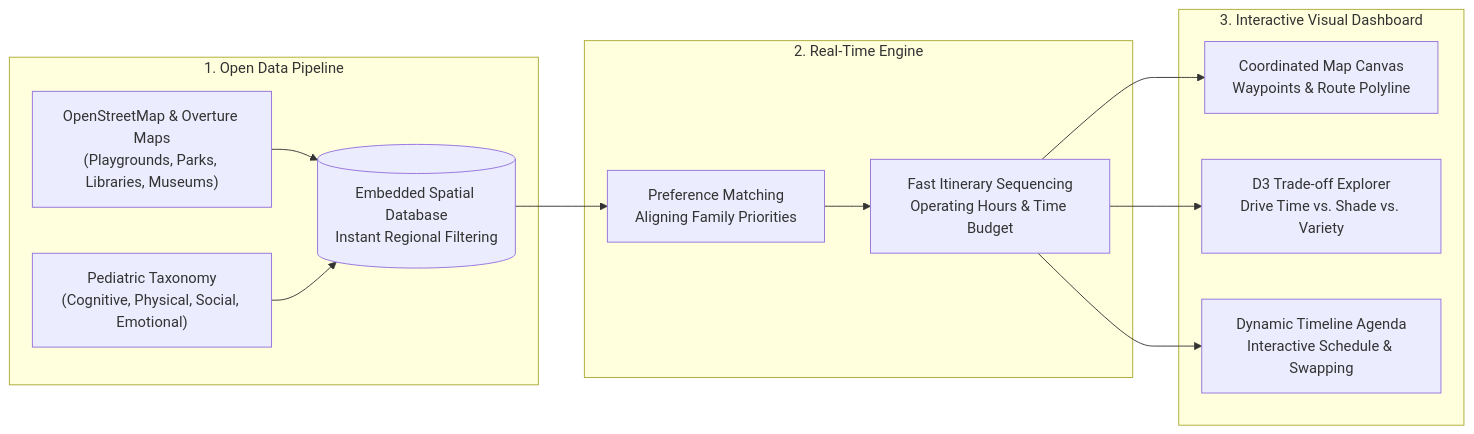
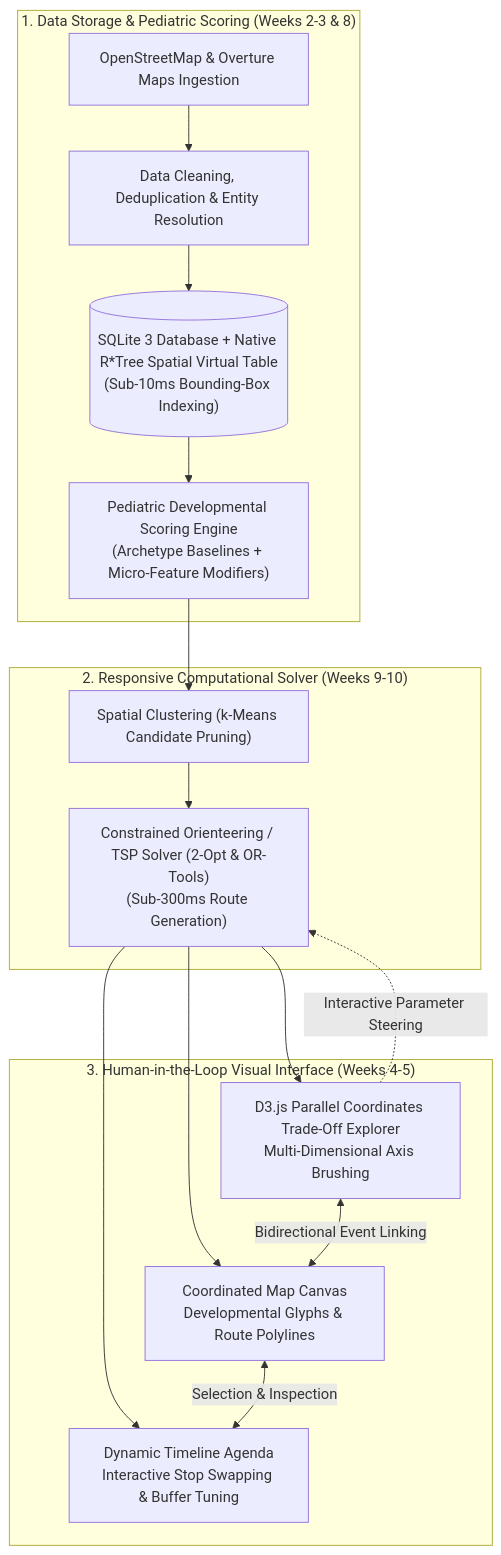
Before and after one commit to manoj-android/cse-6242-project: the second of 3 diagrams in projectwork/docs/progress_report.md, drawn with Mermaid. The commit also changed other lines of this file and 1 other file, not shown here.

````diff
--- a/projectwork/docs/progress_report.md
+++ b/projectwork/docs/progress_report.md
@@ -101,19 +62,23 @@
 ```mermaid
-flowchart LR
-    subgraph Ingestion["1. Open Data Pipeline"]
-        OSM["OpenStreetMap & Overture Maps<br>(Playgrounds, Parks, Libraries, Museums)"]
-        TAX["Pediatric Taxonomy<br>(Cognitive, Physical, Social, Emotional)"]
-        OSM & TAX --> DB[("Embedded Spatial Database<br>Instant Regional Filtering")]
+flowchart TD
+    subgraph Data["1. Data Storage & Pediatric Scoring (Weeks 2-3 & 8)"]
+        RAW["OpenStreetMap & Overture Maps Ingestion"] --> CLEAN["Data Cleaning, Deduplication & Entity Resolution"]
+        CLEAN --> SQL[("SQLite 3 Database + Native R*Tree Spatial Virtual Table<br>(Sub-10ms Bounding-Box Indexing)")]
+        SQL --> SCORE["Pediatric Developmental Scoring Engine<br>(Archetype Baselines + Micro-Feature Modifiers)"]
     end
 
-    subgraph Analytics["2. Real-Time Engine"]
-        DB --> MATCH["Preference Matching<br>Aligning Family Priorities"]
-        MATCH --> ROUTE["Fast Itinerary Sequencing<br>Operating Hours & Time Budget"]
+    subgraph Backend["2. Responsive Computational Solver (Weeks 9-10)"]
+        SCORE --> CLUST["Spatial Clustering (k-Means Candidate Pruning)"]
+        CLUST --> SOLVER["Constrained Orienteering / TSP Solver (2-Opt & OR-Tools)<br>(Sub-300ms Route Generation)"]
     end
 
-    subgraph UI["3. Interactive Visual Dashboard"]
-        ROUTE --> MAP["Coordinated Map Canvas<br>Waypoints & Route Polyline"]
-        ROUTE --> TRADE["D3 Trade-off Explorer<br>Drive Time vs. Shade vs. Variety"]
-        ROUTE --> AGENDA["Dynamic Timeline Agenda<br>Interactive Schedule & Swapping"]
+    subgraph VisualAnalytics["3. Human-in-the-Loop Visual Interface (Weeks 4-5)"]
+        SOLVER --> MAP["Coordinated Map Canvas<br>Developmental Glyphs & Route Polylines"]
+        SOLVER --> D3["D3.js Parallel Coordinates Trade-Off Explorer<br>Multi-Dimensional Axis Brushing"]
+        SOLVER --> AGENDA["Dynamic Timeline Agenda<br>Interactive Stop Swapping & Buffer Tuning"]
+        
+        D3 <-->|Bidirectional Event Linking| MAP
+        MAP <-->|Selection & Inspection| AGENDA
+        D3 -.->|Interactive Parameter Steering| SOLVER
     end
 ```
````
